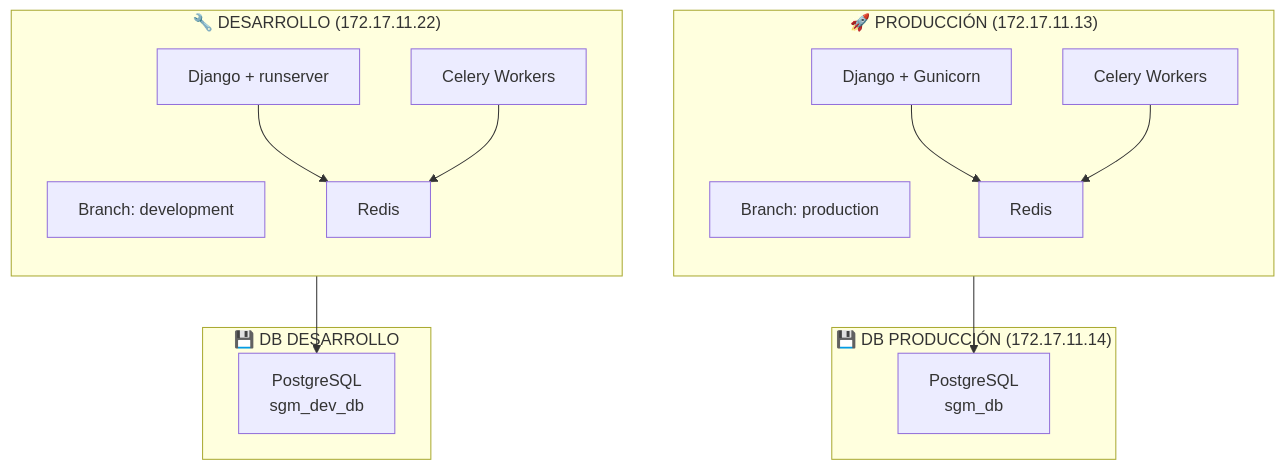
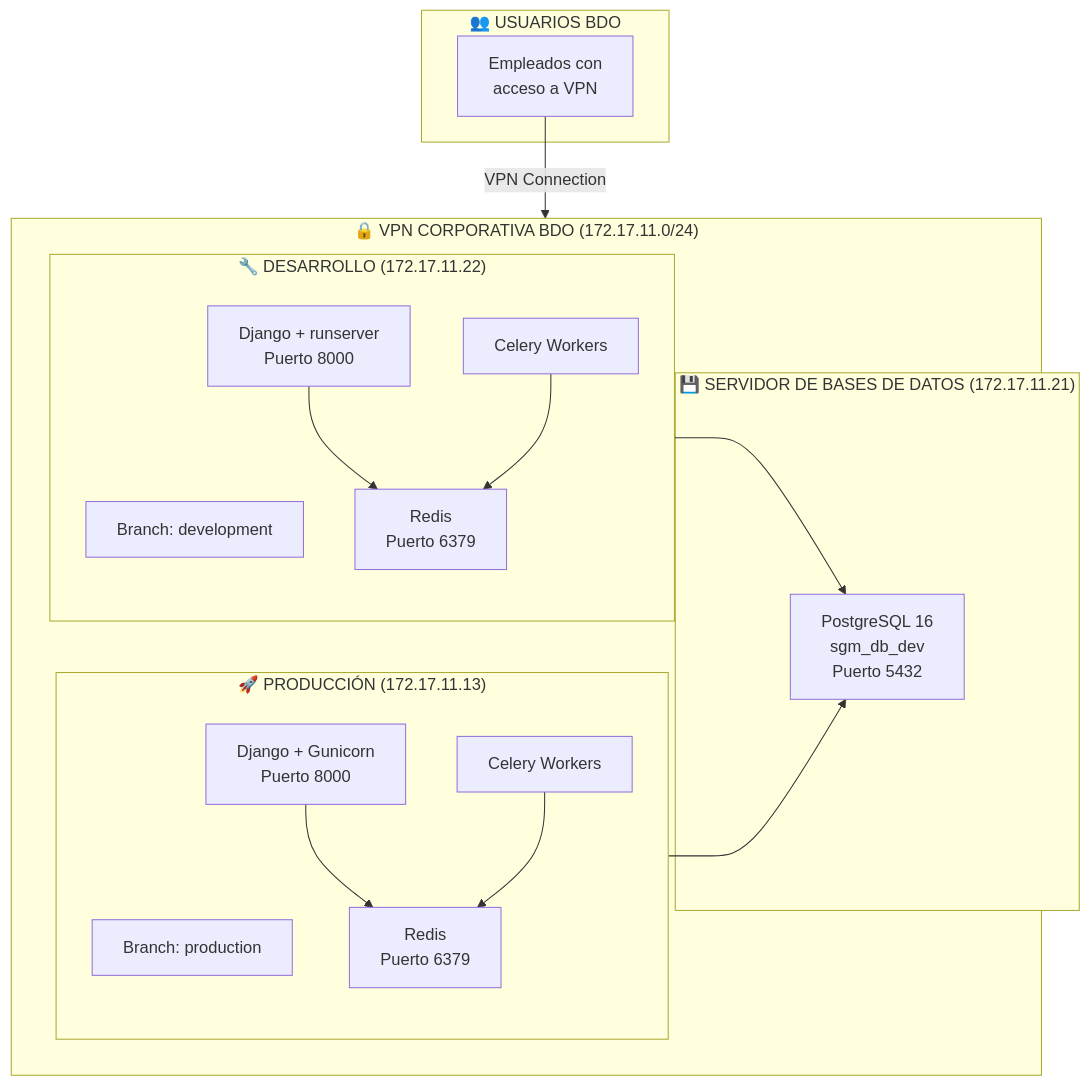
Before and after one commit to castrometro/SGM-Contabilidad: the second of 7 diagrams in docs/DOCUMENTACION_SISTEMA.md, drawn with Mermaid. The commit also changed other lines of this file, not shown here.

First line of the commit message:
docs: Documentar infraestructura VPN corporativa - v1.2

````diff
--- a/docs/DOCUMENTACION_SISTEMA.md
+++ b/docs/DOCUMENTACION_SISTEMA.md
@@ -96,33 +102,37 @@
 ```mermaid
 flowchart TB
-    subgraph PROD["🚀 PRODUCCIÓN (172.17.11.13)"]
-        direction TB
-        ProdBranch["Branch: production"]
-        ProdDjango["Django + Gunicorn"]
-        ProdCelery["Celery Workers"]
-        ProdRedis["Redis"]
+    subgraph VPN["🔒 VPN CORPORATIVA BDO (172.17.11.0/24)"]
+        subgraph PROD["🚀 PRODUCCIÓN (172.17.11.13)"]
+            direction TB
+            ProdBranch["Branch: production"]
+            ProdDjango["Django + Gunicorn<br/>Puerto 8000"]
+            ProdCelery["Celery Workers"]
+            ProdRedis["Redis<br/>Puerto 6379"]
+        end
+
+        subgraph DEV["🔧 DESARROLLO (172.17.11.22)"]
+            direction TB
+            DevBranch["Branch: development"]
+            DevDjango["Django + runserver<br/>Puerto 8000"]
+            DevCelery["Celery Workers"]
+            DevRedis["Redis<br/>Puerto 6379"]
+        end
+
+        subgraph DB_SERVER["💾 SERVIDOR DE BASES DE DATOS (172.17.11.21)"]
+            ProdDB["PostgreSQL 16<br/>sgm_db_dev<br/>Puerto 5432"]
+        end
     end
 
-    subgraph DEV["🔧 DESARROLLO (172.17.11.22)"]
-        direction TB
-        DevBranch["Branch: development"]
-        DevDjango["Django + runserver"]
-        DevCelery["Celery Workers"]
-        DevRedis["Redis"]
+    subgraph USERS["👥 USUARIOS BDO"]
+        Employee["Empleados con<br/>acceso a VPN"]
     end
 
-    subgraph DB_PROD["💾 DB PRODUCCIÓN (172.17.11.14)"]
-        ProdDB["PostgreSQL<br/>sgm_db"]
-    end
-
-    subgraph DB_DEV["💾 DB DESARROLLO"]
-        DevDB["PostgreSQL<br/>sgm_dev_db"]
-    end
-
+    Employee -->|"VPN Connection"| VPN
+    
     ProdDjango --> ProdDB
-    DevDjango --> DevDB
+    DevDjango --> ProdDB
     ProdDjango --> ProdRedis
     DevDjango --> DevRedis
     ProdCelery --> ProdRedis
     DevCelery --> DevRedis
 ```
````
